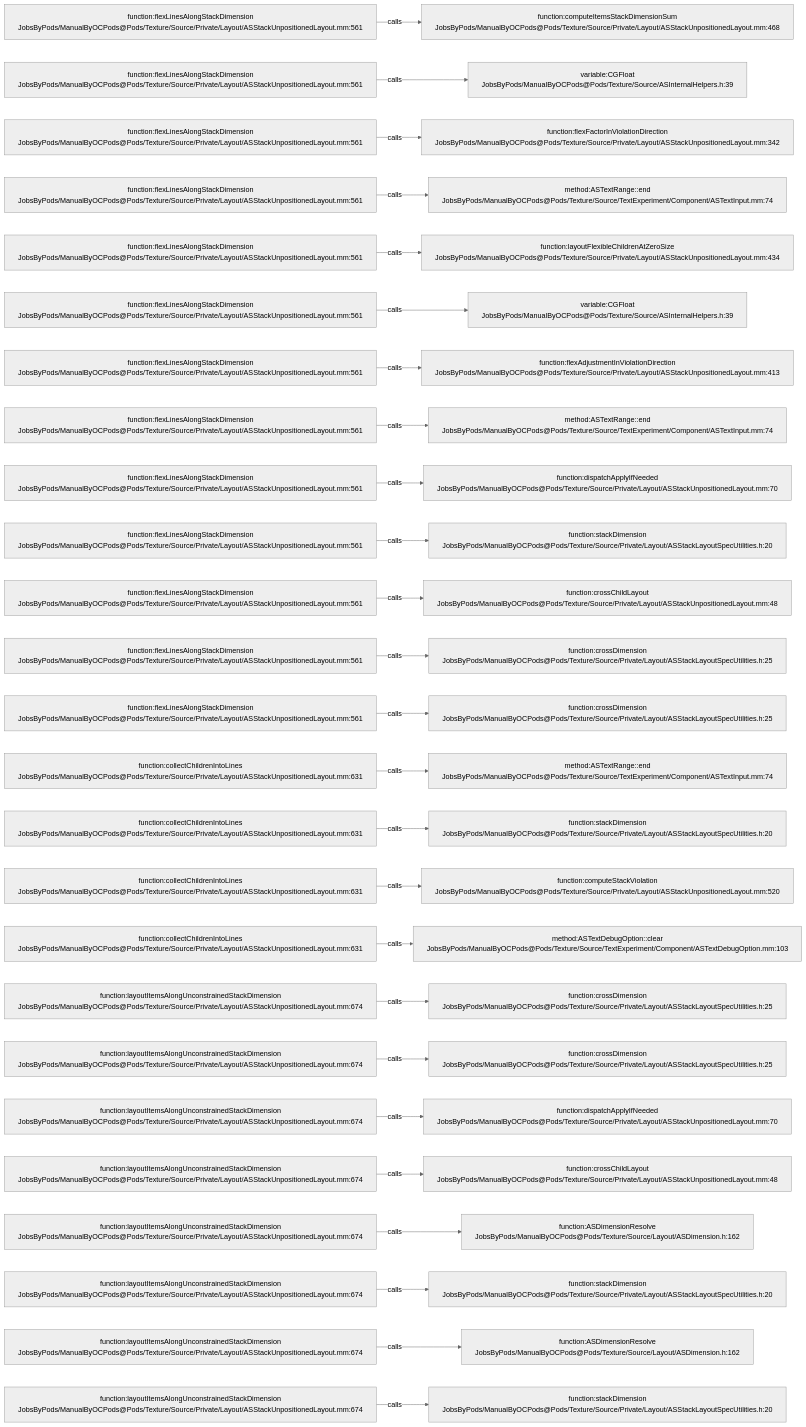
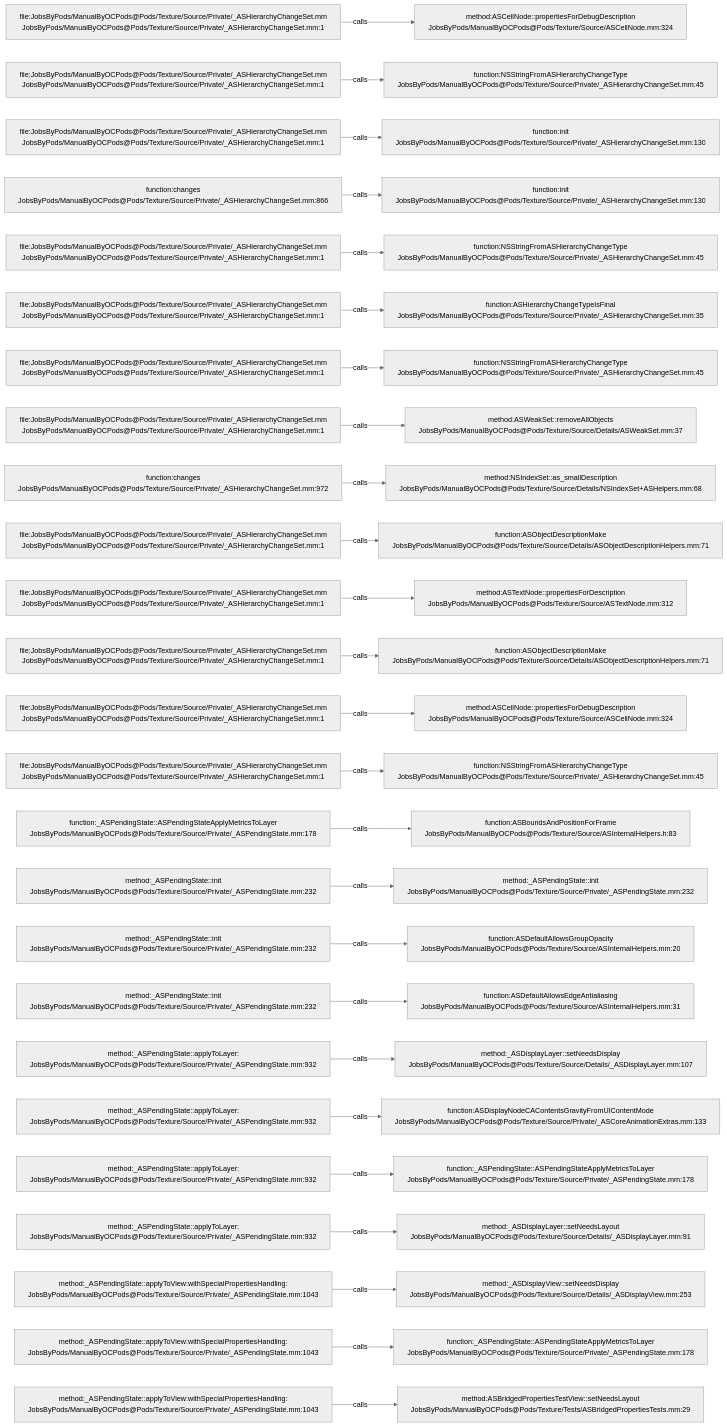
The diagram in .codegraph/codegraph.md/graphs/calls-197.md (JobsKits/JobsOCBaseConfigDemo), drawn with Mermaid (neutral theme) before and after one commit. The commit also changed 1353 other files, not shown here.

````diff
--- a/.codegraph/codegraph.md/graphs/calls-197.md
+++ b/.codegraph/codegraph.md/graphs/calls-197.md
@@ -13,78 +13,78 @@
 ```mermaid
 flowchart LR
-  S1["function:flexLinesAlongStackDimension<br/>JobsByPods/ManualByOCPods@Pods/Texture/Source/Private/Layout/ASStackUnpositionedLayout.mm:561"]
-  T1["function:computeItemsStackDimensionSum<br/>JobsByPods/ManualByOCPods@Pods/Texture/Source/Private/Layout/ASStackUnpositionedLayout.mm:468"]
+  S1["file:JobsByPods/ManualByOCPods@Pods/Texture/Source/Private/_ASHierarchyChangeSet.mm<br/>JobsByPods/ManualByOCPods@Pods/Texture/Source/Private/_ASHierarchyChangeSet.mm:1"]
+  T1["method:ASCellNode::propertiesForDebugDescription<br/>JobsByPods/ManualByOCPods@Pods/Texture/Source/ASCellNode.mm:324"]
   S1 -->|calls| T1
-  S2["function:flexLinesAlongStackDimension<br/>JobsByPods/ManualByOCPods@Pods/Texture/Source/Private/Layout/ASStackUnpositionedLayout.mm:561"]
-  T2["variable:CGFloat<br/>JobsByPods/ManualByOCPods@Pods/Texture/Source/ASInternalHelpers.h:39"]
+  S2["file:JobsByPods/ManualByOCPods@Pods/Texture/Source/Private/_ASHierarchyChangeSet.mm<br/>JobsByPods/ManualByOCPods@Pods/Texture/Source/Private/_ASHierarchyChangeSet.mm:1"]
+  T2["function:NSStringFromASHierarchyChangeType<br/>JobsByPods/ManualByOCPods@Pods/Texture/Source/Private/_ASHierarchyChangeSet.mm:45"]
   S2 -->|calls| T2
-  S3["function:flexLinesAlongStackDimension<br/>JobsByPods/ManualByOCPods@Pods/Texture/Source/Private/Layout/ASStackUnpositionedLayout.mm:561"]
-  T3["function:flexFactorInViolationDirection<br/>JobsByPods/ManualByOCPods@Pods/Texture/Source/Private/Layout/ASStackUnpositionedLayout.mm:342"]
+  S3["file:JobsByPods/ManualByOCPods@Pods/Texture/Source/Private/_ASHierarchyChangeSet.mm<br/>JobsByPods/ManualByOCPods@Pods/Texture/Source/Private/_ASHierarchyChangeSet.mm:1"]
+  T3["function:init<br/>JobsByPods/ManualByOCPods@Pods/Texture/Source/Private/_ASHierarchyChangeSet.mm:130"]
   S3 -->|calls| T3
-  S4["function:flexLinesAlongStackDimension<br/>JobsByPods/ManualByOCPods@Pods/Texture/Source/Private/Layout/ASStackUnpositionedLayout.mm:561"]
-  T4["method:ASTextRange::end<br/>JobsByPods/ManualByOCPods@Pods/Texture/Source/TextExperiment/Component/ASTextInput.mm:74"]
+  S4["function:changes<br/>JobsByPods/ManualByOCPods@Pods/Texture/Source/Private/_ASHierarchyChangeSet.mm:866"]
+  T4["function:init<br/>JobsByPods/ManualByOCPods@Pods/Texture/Source/Private/_ASHierarchyChangeSet.mm:130"]
   S4 -->|calls| T4
-  S5["function:flexLinesAlongStackDimension<br/>JobsByPods/ManualByOCPods@Pods/Texture/Source/Private/Layout/ASStackUnpositionedLayout.mm:561"]
-  T5["function:layoutFlexibleChildrenAtZeroSize<br/>JobsByPods/ManualByOCPods@Pods/Texture/Source/Private/Layout/ASStackUnpositionedLayout.mm:434"]
+  S5["file:JobsByPods/ManualByOCPods@Pods/Texture/Source/Private/_ASHierarchyChangeSet.mm<br/>JobsByPods/ManualByOCPods@Pods/Texture/Source/Private/_ASHierarchyChangeSet.mm:1"]
+  T5["function:NSStringFromASHierarchyChangeType<br/>JobsByPods/ManualByOCPods@Pods/Texture/Source/Private/_ASHierarchyChangeSet.mm:45"]
   S5 -->|calls| T5
-  S6["function:flexLinesAlongStackDimension<br/>JobsByPods/ManualByOCPods@Pods/Texture/Source/Private/Layout/ASStackUnpositionedLayout.mm:561"]
-  T6["variable:CGFloat<br/>JobsByPods/ManualByOCPods@Pods/Texture/Source/ASInternalHelpers.h:39"]
+  S6["file:JobsByPods/ManualByOCPods@Pods/Texture/Source/Private/_ASHierarchyChangeSet.mm<br/>JobsByPods/ManualByOCPods@Pods/Texture/Source/Private/_ASHierarchyChangeSet.mm:1"]
+  T6["function:ASHierarchyChangeTypeIsFinal<br/>JobsByPods/ManualByOCPods@Pods/Texture/Source/Private/_ASHierarchyChangeSet.mm:35"]
   S6 -->|calls| T6
-  S7["function:flexLinesAlongStackDimension<br/>JobsByPods/ManualByOCPods@Pods/Texture/Source/Private/Layout/ASStackUnpositionedLayout.mm:561"]
-  T7["function:flexAdjustmentInViolationDirection<br/>JobsByPods/ManualByOCPods@Pods/Texture/Source/Private/Layout/ASStackUnpositionedLayout.mm:413"]
+  S7["file:JobsByPods/ManualByOCPods@Pods/Texture/Source/Private/_ASHierarchyChangeSet.mm<br/>JobsByPods/ManualByOCPods@Pods/Texture/Source/Private/_ASHierarchyChangeSet.mm:1"]
+  T7["function:NSStringFromASHierarchyChangeType<br/>JobsByPods/ManualByOCPods@Pods/Texture/Source/Private/_ASHierarchyChangeSet.mm:45"]
   S7 -->|calls| T7
-  S8["function:flexLinesAlongStackDimension<br/>JobsByPods/ManualByOCPods@Pods/Texture/Source/Private/Layout/ASStackUnpositionedLayout.mm:561"]
-  T8["method:ASTextRange::end<br/>JobsByPods/ManualByOCPods@Pods/Texture/Source/TextExperiment/Component/ASTextInput.mm:74"]
+  S8["file:JobsByPods/ManualByOCPods@Pods/Texture/Source/Private/_ASHierarchyChangeSet.mm<br/>JobsByPods/ManualByOCPods@Pods/Texture/Source/Private/_ASHierarchyChangeSet.mm:1"]
+  T8["method:ASWeakSet::removeAllObjects<br/>JobsByPods/ManualByOCPods@Pods/Texture/Source/Details/ASWeakSet.mm:37"]
   S8 -->|calls| T8
-  S9["function:flexLinesAlongStackDimension<br/>JobsByPods/ManualByOCPods@Pods/Texture/Source/Private/Layout/ASStackUnpositionedLayout.mm:561"]
-  T9["function:dispatchApplyIfNeeded<br/>JobsByPods/ManualByOCPods@Pods/Texture/Source/Private/Layout/ASStackUnpositionedLayout.mm:70"]
+  S9["function:changes<br/>JobsByPods/ManualByOCPods@Pods/Texture/Source/Private/_ASHierarchyChangeSet.mm:972"]
+  T9["method:NSIndexSet::as_smallDescription<br/>JobsByPods/ManualByOCPods@Pods/Texture/Source/Details/NSIndexSet+ASHelpers.mm:68"]
   S9 -->|calls| T9
-  S10["function:flexLinesAlongStackDimension<br/>JobsByPods/ManualByOCPods@Pods/Texture/Source/Private/Layout/ASStackUnpositionedLayout.mm:561"]
-  T10["function:stackDimension<br/>JobsByPods/ManualByOCPods@Pods/Texture/Source/Private/Layout/ASStackLayoutSpecUtilities.h:20"]
+  S10["file:JobsByPods/ManualByOCPods@Pods/Texture/Source/Private/_ASHierarchyChangeSet.mm<br/>JobsByPods/ManualByOCPods@Pods/Texture/Source/Private/_ASHierarchyChangeSet.mm:1"]
+  T10["function:ASObjectDescriptionMake<br/>JobsByPods/ManualByOCPods@Pods/Texture/Source/Details/ASObjectDescriptionHelpers.mm:71"]
   S10 -->|calls| T10
-  S11["function:flexLinesAlongStackDimension<br/>JobsByPods/ManualByOCPods@Pods/Texture/Source/Private/Layout/ASStackUnpositionedLayout.mm:561"]
-  T11["function:crossChildLayout<br/>JobsByPods/ManualByOCPods@Pods/Texture/Source/Private/Layout/ASStackUnpositionedLayout.mm:48"]
+  S11["file:JobsByPods/ManualByOCPods@Pods/Texture/Source/Private/_ASHierarchyChangeSet.mm<br/>JobsByPods/ManualByOCPods@Pods/Texture/Source/Private/_ASHierarchyChangeSet.mm:1"]
+  T11["method:ASTextNode::propertiesForDescription<br/>JobsByPods/ManualByOCPods@Pods/Texture/Source/ASTextNode.mm:312"]
   S11 -->|calls| T11
-  S12["function:flexLinesAlongStackDimension<br/>JobsByPods/ManualByOCPods@Pods/Texture/Source/Private/Layout/ASStackUnpositionedLayout.mm:561"]
-  T12["function:crossDimension<br/>JobsByPods/ManualByOCPods@Pods/Texture/Source/Private/Layout/ASStackLayoutSpecUtilities.h:25"]
+  S12["file:JobsByPods/ManualByOCPods@Pods/Texture/Source/Private/_ASHierarchyChangeSet.mm<br/>JobsByPods/ManualByOCPods@Pods/Texture/Source/Private/_ASHierarchyChangeSet.mm:1"]
+  T12["function:ASObjectDescriptionMake<br/>JobsByPods/ManualByOCPods@Pods/Texture/Source/Details/ASObjectDescriptionHelpers.mm:71"]
   S12 -->|calls| T12
-  S13["function:flexLinesAlongStackDimension<br/>JobsByPods/ManualByOCPods@Pods/Texture/Source/Private/Layout/ASStackUnpositionedLayout.mm:561"]
-  T13["function:crossDimension<br/>JobsByPods/ManualByOCPods@Pods/Texture/Source/Private/Layout/ASStackLayoutSpecUtilities.h:25"]
+  S13["file:JobsByPods/ManualByOCPods@Pods/Texture/Source/Private/_ASHierarchyChangeSet.mm<br/>JobsByPods/ManualByOCPods@Pods/Texture/Source/Private/_ASHierarchyChangeSet.mm:1"]
+  T13["method:ASCellNode::propertiesForDebugDescription<br/>JobsByPods/ManualByOCPods@Pods/Texture/Source/ASCellNode.mm:324"]
   S13 -->|calls| T13
-  S14["function:collectChildrenIntoLines<br/>JobsByPods/ManualByOCPods@Pods/Texture/Source/Private/Layout/ASStackUnpositionedLayout.mm:631"]
-  T14["method:ASTextRange::end<br/>JobsByPods/ManualByOCPods@Pods/Texture/Source/TextExperiment/Component/ASTextInput.mm:74"]
+  S14["file:JobsByPods/ManualByOCPods@Pods/Texture/Source/Private/_ASHierarchyChangeSet.mm<br/>JobsByPods/ManualByOCPods@Pods/Texture/Source/Private/_ASHierarchyChangeSet.mm:1"]
+  T14["function:NSStringFromASHierarchyChangeType<br/>JobsByPods/ManualByOCPods@Pods/Texture/Source/Private/_ASHierarchyChangeSet.mm:45"]
   S14 -->|calls| T14
-  S15["function:collectChildrenIntoLines<br/>JobsByPods/ManualByOCPods@Pods/Texture/Source/Private/Layout/ASStackUnpositionedLayout.mm:631"]
-  T15["function:stackDimension<br/>JobsByPods/ManualByOCPods@Pods/Texture/Source/Private/Layout/ASStackLayoutSpecUtilities.h:20"]
+  S15["function:_ASPendingState::ASPendingStateApplyMetricsToLayer<br/>JobsByPods/ManualByOCPods@Pods/Texture/Source/Private/_ASPendingState.mm:178"]
+  T15["function:ASBoundsAndPositionForFrame<br/>JobsByPods/ManualByOCPods@Pods/Texture/Source/ASInternalHelpers.h:83"]
   S15 -->|calls| T15
-  S16["function:collectChildrenIntoLines<br/>JobsByPods/ManualByOCPods@Pods/Texture/Source/Private/Layout/ASStackUnpositionedLayout.mm:631"]
-  T16["function:computeStackViolation<br/>JobsByPods/ManualByOCPods@Pods/Texture/Source/Private/Layout/ASStackUnpositionedLayout.mm:520"]
+  S16["method:_ASPendingState::init<br/>JobsByPods/ManualByOCPods@Pods/Texture/Source/Private/_ASPendingState.mm:232"]
+  T16["method:_ASPendingState::init<br/>JobsByPods/ManualByOCPods@Pods/Texture/Source/Private/_ASPendingState.mm:232"]
   S16 -->|calls| T16
-  S17["function:collectChildrenIntoLines<br/>JobsByPods/ManualByOCPods@Pods/Texture/Source/Private/Layout/ASStackUnpositionedLayout.mm:631"]
-  T17["method:ASTextDebugOption::clear<br/>JobsByPods/ManualByOCPods@Pods/Texture/Source/TextExperiment/Component/ASTextDebugOption.mm:103"]
+  S17["method:_ASPendingState::init<br/>JobsByPods/ManualByOCPods@Pods/Texture/Source/Private/_ASPendingState.mm:232"]
+  T17["function:ASDefaultAllowsGroupOpacity<br/>JobsByPods/ManualByOCPods@Pods/Texture/Source/ASInternalHelpers.mm:20"]
   S17 -->|calls| T17
-  S18["function:layoutItemsAlongUnconstrainedStackDimension<br/>JobsByPods/ManualByOCPods@Pods/Texture/Source/Private/Layout/ASStackUnpositionedLayout.mm:674"]
-  T18["function:crossDimension<br/>JobsByPods/ManualByOCPods@Pods/Texture/Source/Private/Layout/ASStackLayoutSpecUtilities.h:25"]
+  S18["method:_ASPendingState::init<br/>JobsByPods/ManualByOCPods@Pods/Texture/Source/Private/_ASPendingState.mm:232"]
+  T18["function:ASDefaultAllowsEdgeAntialiasing<br/>JobsByPods/ManualByOCPods@Pods/Texture/Source/ASInternalHelpers.mm:31"]
   S18 -->|calls| T18
-  S19["function:layoutItemsAlongUnconstrainedStackDimension<br/>JobsByPods/ManualByOCPods@Pods/Texture/Source/Private/Layout/ASStackUnpositionedLayout.mm:674"]
-  T19["function:crossDimension<br/>JobsByPods/ManualByOCPods@Pods/Texture/Source/Private/Layout/ASStackLayoutSpecUtilities.h:25"]
+  S19["method:_ASPendingState::applyToLayer:<br/>JobsByPods/ManualByOCPods@Pods/Texture/Source/Private/_ASPendingState.mm:932"]
+  T19["method:_ASDisplayLayer::setNeedsDisplay<br/>JobsByPods/ManualByOCPods@Pods/Texture/Source/Details/_ASDisplayLayer.mm:107"]
   S19 -->|calls| T19
-  S20["function:layoutItemsAlongUnconstrainedStackDimension<br/>JobsByPods/ManualByOCPods@Pods/Texture/Source/Private/Layout/ASStackUnpositionedLayout.mm:674"]
-  T20["function:dispatchApplyIfNeeded<br/>JobsByPods/ManualByOCPods@Pods/Texture/Source/Private/Layout/ASStackUnpositionedLayout.mm:70"]
+  S20["method:_ASPendingState::applyToLayer:<br/>JobsByPods/ManualByOCPods@Pods/Texture/Source/Private/_ASPendingState.mm:932"]
+  T20["function:ASDisplayNodeCAContentsGravityFromUIContentMode<br/>JobsByPods/ManualByOCPods@Pods/Texture/Source/Private/_ASCoreAnimationExtras.mm:133"]
   S20 -->|calls| T20
-  S21["function:layoutItemsAlongUnconstrainedStackDimension<br/>JobsByPods/ManualByOCPods@Pods/Texture/Source/Private/Layout/ASStackUnpositionedLayout.mm:674"]
-  T21["function:crossChildLayout<br/>JobsByPods/ManualByOCPods@Pods/Texture/Source/Private/Layout/ASStackUnpositionedLayout.mm:48"]
+  S21["method:_ASPendingState::applyToLayer:<br/>JobsByPods/ManualByOCPods@Pods/Texture/Source/Private/_ASPendingState.mm:932"]
+  T21["function:_ASPendingState::ASPendingStateApplyMetricsToLayer<br/>JobsByPods/ManualByOCPods@Pods/Texture/Source/Private/_ASPendingState.mm:178"]
   S21 -->|calls| T21
-  S22["function:layoutItemsAlongUnconstrainedStackDimension<br/>JobsByPods/ManualByOCPods@Pods/Texture/Source/Private/Layout/ASStackUnpositionedLayout.mm:674"]
-  T22["function:ASDimensionResolve<br/>JobsByPods/ManualByOCPods@Pods/Texture/Source/Layout/ASDimension.h:162"]
+  S22["method:_ASPendingState::applyToLayer:<br/>JobsByPods/ManualByOCPods@Pods/Texture/Source/Private/_ASPendingState.mm:932"]
+  T22["method:_ASDisplayLayer::setNeedsLayout<br/>JobsByPods/ManualByOCPods@Pods/Texture/Source/Details/_ASDisplayLayer.mm:91"]
   S22 -->|calls| T22
-  S23["function:layoutItemsAlongUnconstrainedStackDimension<br/>JobsByPods/ManualByOCPods@Pods/Texture/Source/Private/Layout/ASStackUnpositionedLayout.mm:674"]
-  T23["function:stackDimension<br/>JobsByPods/ManualByOCPods@Pods/Texture/Source/Private/Layout/ASStackLayoutSpecUtilities.h:20"]
+  S23["method:_ASPendingState::applyToView:withSpecialPropertiesHandling:<br/>JobsByPods/ManualByOCPods@Pods/Texture/Source/Private/_ASPendingState.mm:1043"]
+  T23["method:_ASDisplayView::setNeedsDisplay<br/>JobsByPods/ManualByOCPods@Pods/Texture/Source/Details/_ASDisplayView.mm:253"]
   S23 -->|calls| T23
-  S24["function:layoutItemsAlongUnconstrainedStackDimension<br/>JobsByPods/ManualByOCPods@Pods/Texture/Source/Private/Layout/ASStackUnpositionedLayout.mm:674"]
-  T24["function:ASDimensionResolve<br/>JobsByPods/ManualByOCPods@Pods/Texture/Source/Layout/ASDimension.h:162"]
+  S24["method:_ASPendingState::applyToView:withSpecialPropertiesHandling:<br/>JobsByPods/ManualByOCPods@Pods/Texture/Source/Private/_ASPendingState.mm:1043"]
+  T24["function:_ASPendingState::ASPendingStateApplyMetricsToLayer<br/>JobsByPods/ManualByOCPods@Pods/Texture/Source/Private/_ASPendingState.mm:178"]
   S24 -->|calls| T24
-  S25["function:layoutItemsAlongUnconstrainedStackDimension<br/>JobsByPods/ManualByOCPods@Pods/Texture/Source/Private/Layout/ASStackUnpositionedLayout.mm:674"]
-  T25["function:stackDimension<br/>JobsByPods/ManualByOCPods@Pods/Texture/Source/Private/Layout/ASStackLayoutSpecUtilities.h:20"]
+  S25["method:_ASPendingState::applyToView:withSpecialPropertiesHandling:<br/>JobsByPods/ManualByOCPods@Pods/Texture/Source/Private/_ASPendingState.mm:1043"]
+  T25["method:ASBridgedPropertiesTestView::setNeedsLayout<br/>JobsByPods/ManualByOCPods@Pods/Texture/Tests/ASBridgedPropertiesTests.mm:29"]
   S25 -->|calls| T25
 ```
````
